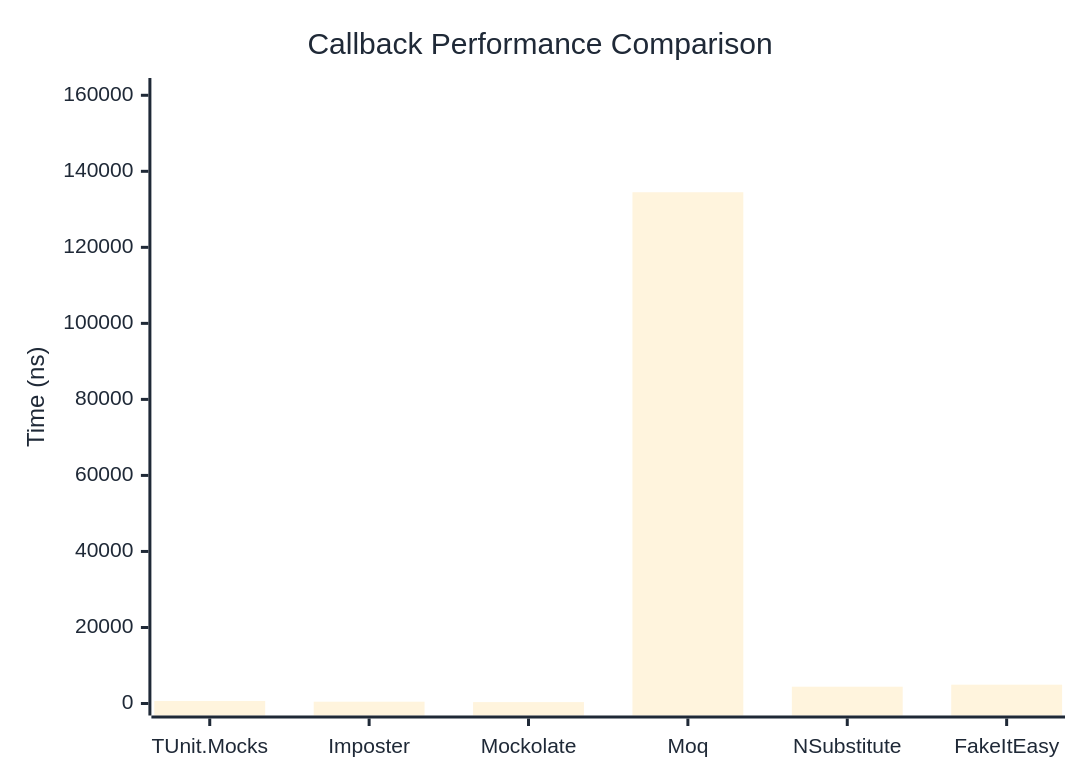
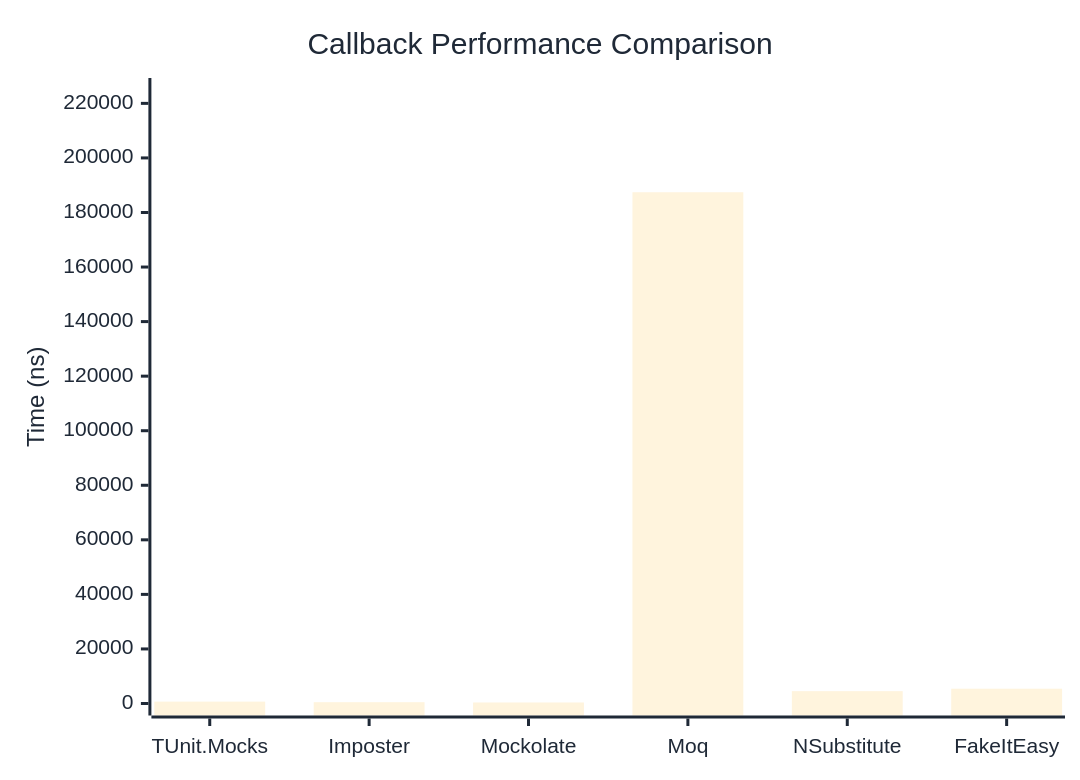
The first of 2 diagrams in docs/docs/benchmarks/mocks/Callback.md (thomhurst/TUnit), drawn with Mermaid before and after one commit. The commit also changed other lines of this file and 14 other files, not shown here.

````diff
--- a/docs/docs/benchmarks/mocks/Callback.md
+++ b/docs/docs/benchmarks/mocks/Callback.md
@@ -30,27 +30,27 @@
 ```mermaid
 %%{init: {
   'theme':'base',
   'themeVariables': {
     'primaryColor': '#2563eb',
     'primaryTextColor': '#1f2937',
     'primaryBorderColor': '#1e40af',
     'lineColor': '#6b7280',
     'secondaryColor': '#7c3aed',
     'tertiaryColor': '#dc2626',
     'background': '#ffffff',
     'pie1': '#2563eb',
     'pie2': '#7c3aed',
     'pie3': '#dc2626',
     'pie4': '#f59e0b',
     'pie5': '#10b981',
     'pie6': '#06b6d4',
     'pie7': '#ec4899',
     'pie8': '#6366f1'
   }
 }}%%
 xychart-beta
   title "Callback Performance Comparison"
   x-axis ["TUnit.Mocks", "Imposter", "Mockolate", "Moq", "NSubstitute", "FakeItEasy"]
-  y-axis "Time (ns)" 0 --> 161391
-  bar [668.1, 473.6, 366.4, 134492.3, 4415.3, 4950.9]
+  y-axis "Time (ns)" 0 --> 224901
+  bar [691.4, 480.1, 370.9, 187417.4, 4521.9, 5423.4]
 ```
````
